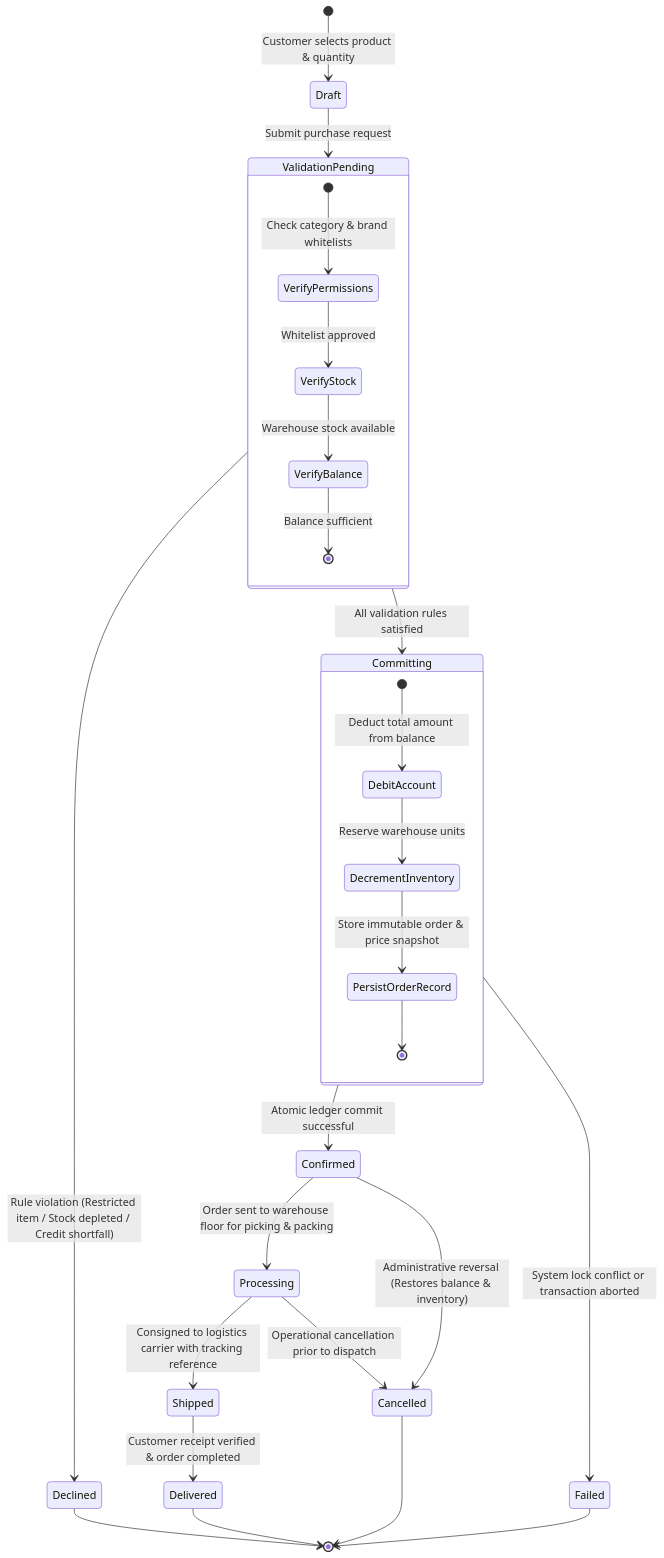
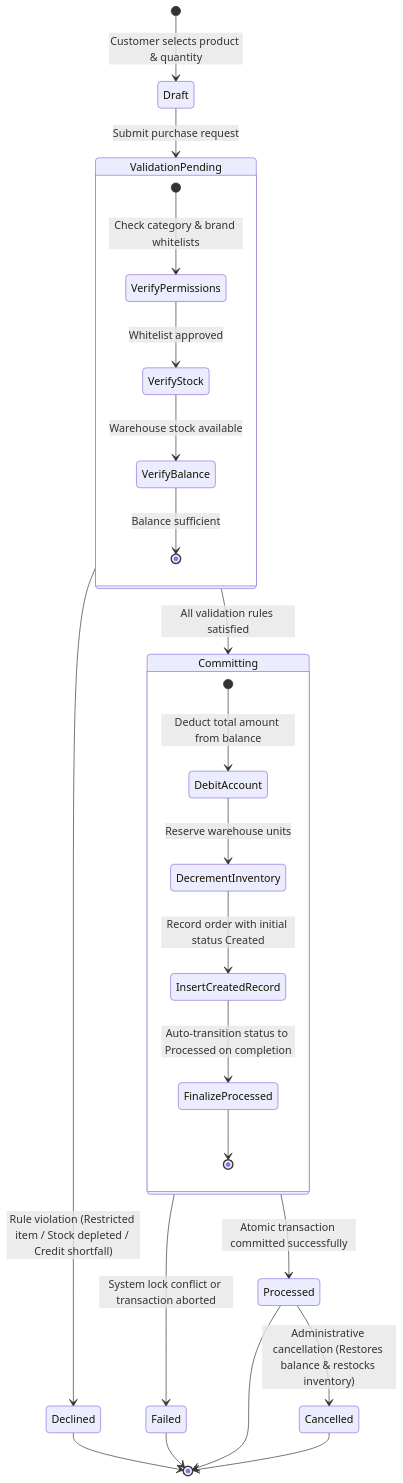
The fourth of 4 diagrams in specs/CLIENT_SPEC.md (altregubov/warehouse-rest-test-app), drawn with Mermaid before and after one commit. The commit also changed other lines of this file and 11 other files, not shown here.

First line of the commit message:
feat: simplify order lifecycle to CREATED, PROCESSED, and CANCELLED with automatic refund

````diff
--- a/specs/CLIENT_SPEC.md
+++ b/specs/CLIENT_SPEC.md
@@ -218,39 +218,35 @@
 ```mermaid
 stateDiagram-v2
     [*] --> Draft : Customer selects product & quantity
     
     Draft --> ValidationPending : Submit purchase request
 
     state ValidationPending {
         [*] --> VerifyPermissions : Check category & brand whitelists
         VerifyPermissions --> VerifyStock : Whitelist approved
         VerifyStock --> VerifyBalance : Warehouse stock available
         VerifyBalance --> [*] : Balance sufficient
     }
 
     ValidationPending --> Declined : Rule violation (Restricted item / Stock depleted / Credit shortfall)
     
     ValidationPending --> Committing : All validation rules satisfied
     
     state Committing {
         [*] --> DebitAccount : Deduct total amount from balance
         DebitAccount --> DecrementInventory : Reserve warehouse units
-        DecrementInventory --> PersistOrderRecord : Store immutable order & price snapshot
-        PersistOrderRecord --> [*]
+        DecrementInventory --> InsertCreatedRecord : Record order with initial status Created
+        InsertCreatedRecord --> FinalizeProcessed : Auto-transition status to Processed on completion
+        FinalizeProcessed --> [*]
     }
 
-    Committing --> Confirmed : Atomic ledger commit successful
+    Committing --> Processed : Atomic transaction committed successfully
     Committing --> Failed : System lock conflict or transaction aborted
 
-    Confirmed --> Processing : Order sent to warehouse floor for picking & packing
-    Processing --> Shipped : Consigned to logistics carrier with tracking reference
-    Shipped --> Delivered : Customer receipt verified & order completed
-    
-    Confirmed --> Cancelled : Administrative reversal (Restores balance & inventory)
-    Processing --> Cancelled : Operational cancellation prior to dispatch
+    Processed --> Cancelled : Administrative cancellation (Restores balance & restocks inventory)
 
     Declined --> [*]
     Failed --> [*]
-    Delivered --> [*]
+    Processed --> [*]
     Cancelled --> [*]
 ```
````
